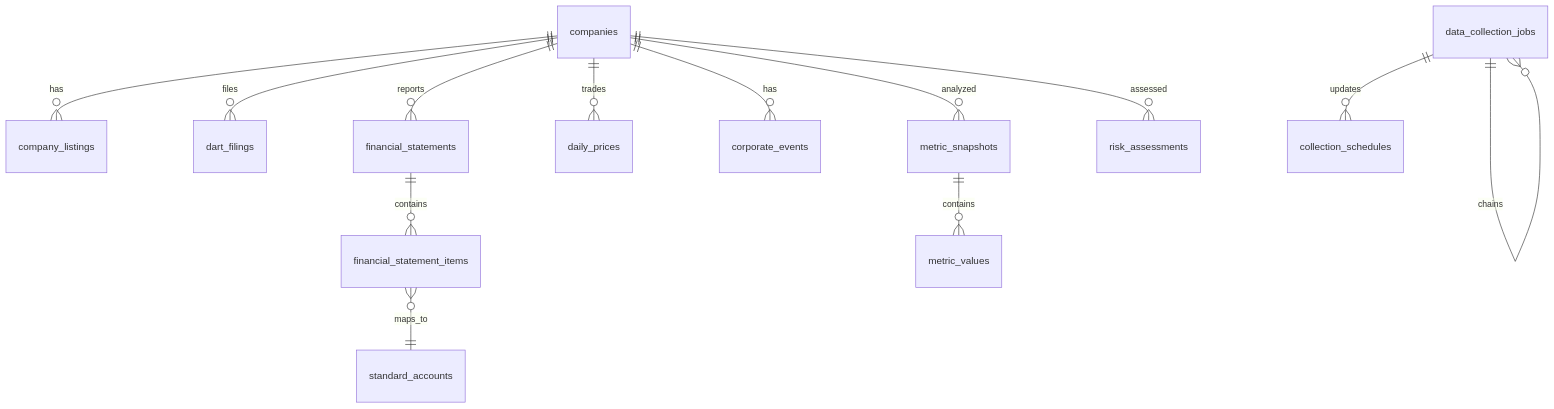
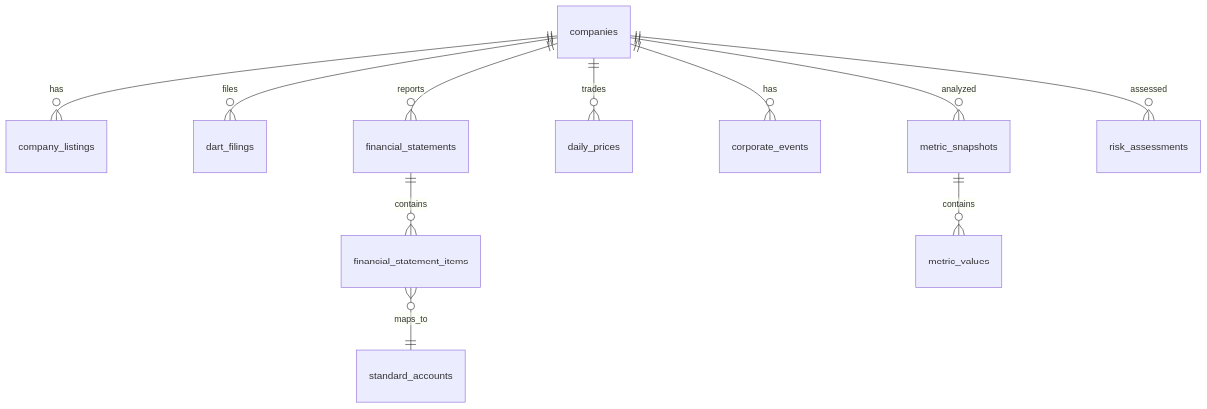
One commit to GmelaN/FinDART changed the diagram in docs/db_schema.md. Above: the diagram before and after it, drawn with Mermaid. The commit also changed other lines of this file and 14 other files, not shown here.

````diff
--- a/docs/db_schema.md
+++ b/docs/db_schema.md
@@ -16,15 +9,13 @@
 ```mermaid
 erDiagram
     companies ||--o{ company_listings : has
     companies ||--o{ dart_filings : files
     companies ||--o{ financial_statements : reports
     financial_statements ||--o{ financial_statement_items : contains
     financial_statement_items }o--|| standard_accounts : maps_to
     companies ||--o{ daily_prices : trades
     companies ||--o{ corporate_events : has
     companies ||--o{ metric_snapshots : analyzed
     metric_snapshots ||--o{ metric_values : contains
     companies ||--o{ risk_assessments : assessed
-    data_collection_jobs ||--o{ data_collection_jobs : chains
-    data_collection_jobs ||--o{ collection_schedules : updates
 ```
````
